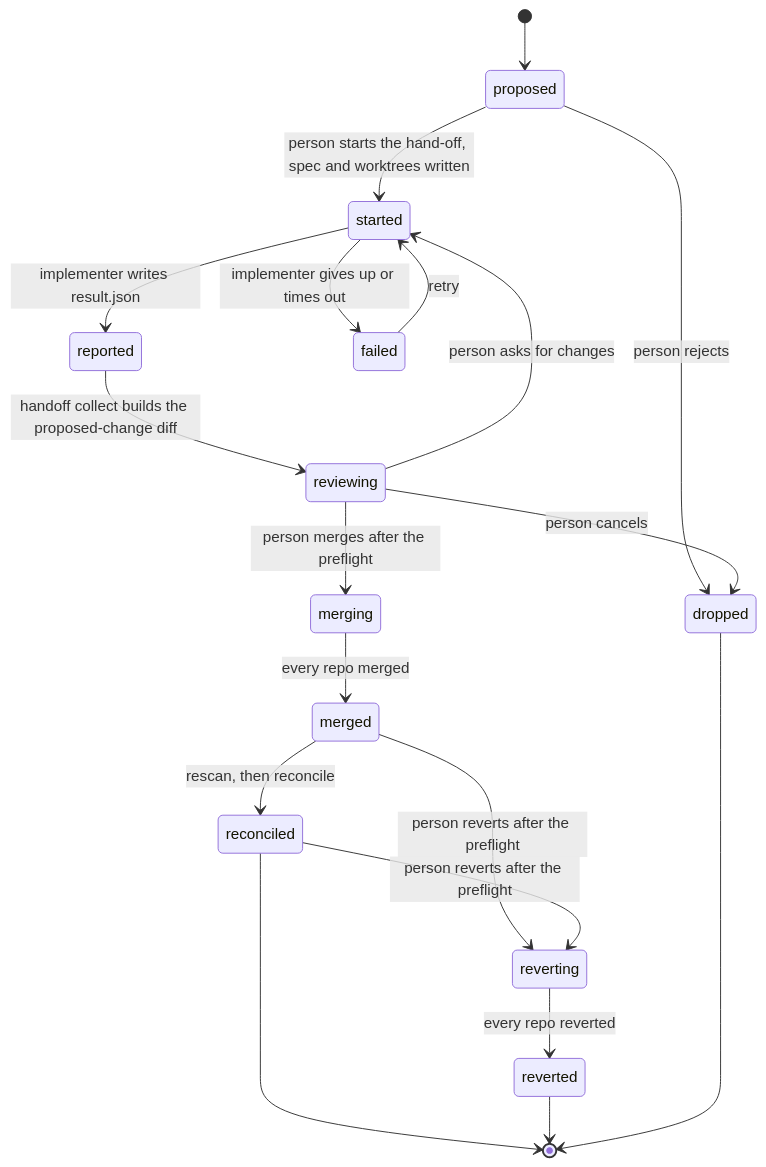
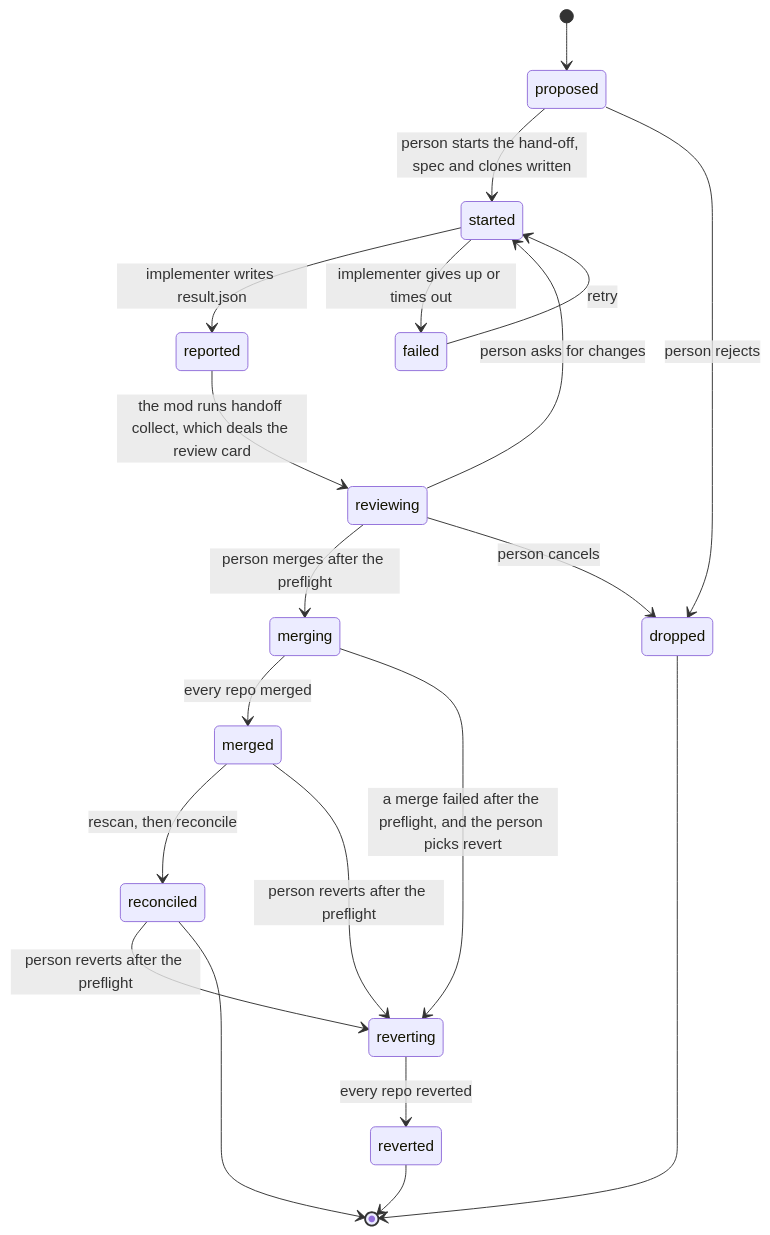
One commit to doodla/planroom changed the seventh of 7 diagrams in docs/contributing/architecture.md. Above: the diagram before and after it, drawn with Mermaid. The commit also changed other lines of this file and 11 other files, not shown here.

First line of the commit message:
Architecture review round 2: apply the fixes, owner follow-ups in DR-72

````diff
--- a/docs/contributing/architecture.md
+++ b/docs/contributing/architecture.md
@@ -1063,21 +1109,22 @@
 ```mermaid
 stateDiagram-v2
     [*] --> proposed
-    proposed --> started: person starts the hand-off, spec and worktrees written
+    proposed --> started: person starts the hand-off, spec and clones written
     proposed --> dropped: person rejects
     started --> reported: implementer writes result.json
     started --> failed: implementer gives up or times out
     failed --> started: retry
-    reported --> reviewing: handoff collect builds the proposed-change diff
+    reported --> reviewing: the mod runs handoff collect, which deals the review card
     reviewing --> merging: person merges after the preflight
     merging --> merged: every repo merged
+    merging --> reverting: a merge failed after the preflight, and the person picks revert
     reviewing --> started: person asks for changes
     reviewing --> dropped: person cancels
     merged --> reconciled: rescan, then reconcile
     merged --> reverting: person reverts after the preflight
     reconciled --> reverting: person reverts after the preflight
     reverting --> reverted: every repo reverted
     reconciled --> [*]
     reverted --> [*]
     dropped --> [*]
 ```
````
